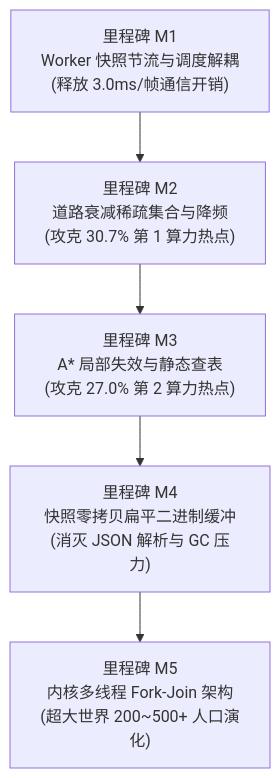
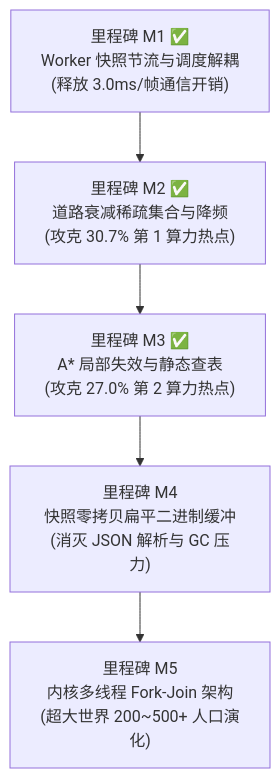
One commit to g39088902/FlowAndAccord changed the diagram in docs/16-plan-performance-optimization.md. Above: the diagram before and after it, drawn with Mermaid. The commit also changed other lines of this file and 14 other files, not shown here.

````diff
--- a/docs/16-plan-performance-optimization.md
+++ b/docs/16-plan-performance-optimization.md
@@ -58,7 +58,7 @@
 ```mermaid
 graph TD
-    M1["里程碑 M1<br/>Worker 快照节流与调度解耦<br/>(释放 3.0ms/帧通信开销)"] --> M2["里程碑 M2<br/>道路衰减稀疏集合与降频<br/>(攻克 30.7% 第 1 算力热点)"]
-    M2 --> M3["里程碑 M3<br/>A* 局部失效与静态查表<br/>(攻克 27.0% 第 2 算力热点)"]
+    M1["里程碑 M1 ✅<br/>Worker 快照节流与调度解耦<br/>(释放 3.0ms/帧通信开销)"] --> M2["里程碑 M2 ✅<br/>道路衰减稀疏集合与降频<br/>(攻克 30.7% 第 1 算力热点)"]
+    M2 --> M3["里程碑 M3 ✅<br/>A* 局部失效与静态查表<br/>(攻克 27.0% 第 2 算力热点)"]
     M3 --> M4["里程碑 M4<br/>快照零拷贝扁平二进制缓冲<br/>(消灭 JSON 解析与 GC 压力)"]
     M4 --> M5["里程碑 M5<br/>内核多线程 Fork-Join 架构<br/>(超大世界 200~500+ 人口演化)"]
 ```
````
